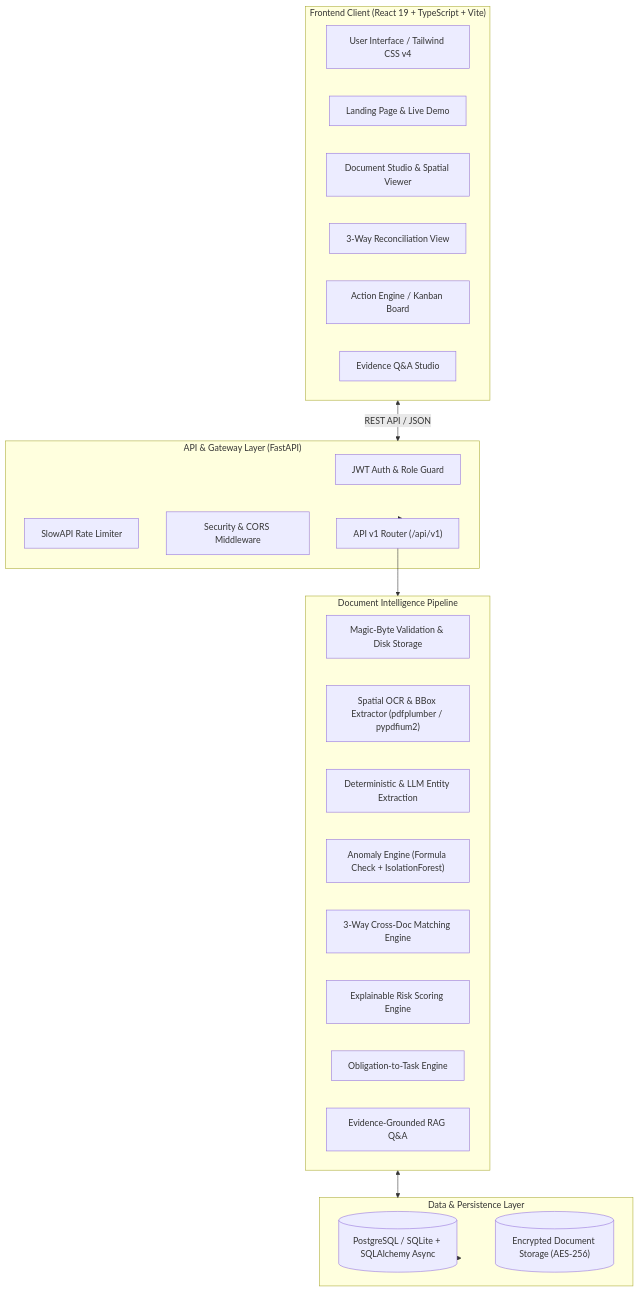
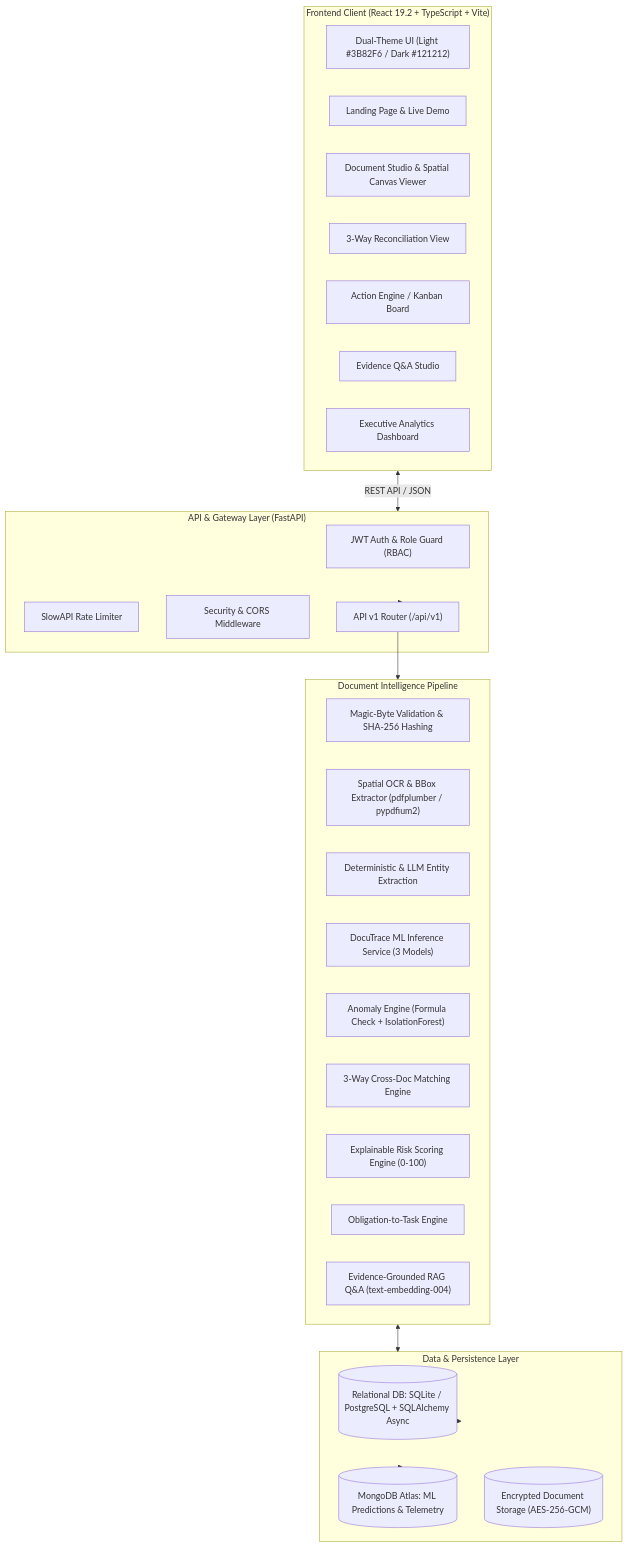
Before and after one commit to atharva-thedev/DocuTrace: the second of 3 diagrams in README.md, drawn with Mermaid. The commit also changed other lines of this file and 21 other files, not shown here.

Commit message:
docs: update README with new logo, ML benchmarks, and system architecture

````diff
--- a/README.md
+++ b/README.md
@@ -146,40 +213,44 @@
 ```mermaid
 flowchart TD
-    subgraph Client ["Frontend Client (React 19 + TypeScript + Vite)"]
-        UI["User Interface / Tailwind CSS v4"]
+    subgraph Client ["Frontend Client (React 19.2 + TypeScript + Vite)"]
+        UI["Dual-Theme UI (Light #3B82F6 / Dark #121212)"]
         Landing["Landing Page & Live Demo"]
-        Studio["Document Studio & Spatial Viewer"]
+        Studio["Document Studio & Spatial Canvas Viewer"]
         Recon["3-Way Reconciliation View"]
         Kanban["Action Engine / Kanban Board"]
         QAScreen["Evidence Q&A Studio"]
+        Dash["Executive Analytics Dashboard"]
     end
 
     subgraph API ["API & Gateway Layer (FastAPI)"]
-        AuthMid["JWT Auth & Role Guard"]
+        AuthMid["JWT Auth & Role Guard (RBAC)"]
         RateLim["SlowAPI Rate Limiter"]
         SecHeaders["Security & CORS Middleware"]
         V1Router["API v1 Router (/api/v1)"]
     end
 
     subgraph Processing ["Document Intelligence Pipeline"]
-        Ingest["Magic-Byte Validation & Disk Storage"]
+        Ingest["Magic-Byte Validation & SHA-256 Hashing"]
         OCR["Spatial OCR & BBox Extractor (pdfplumber / pypdfium2)"]
         EntityExt["Deterministic & LLM Entity Extraction"]
+        MLService["DocuTrace ML Inference Service (3 Models)"]
         AnomalyEng["Anomaly Engine (Formula Check + IsolationForest)"]
         ReconcileEng["3-Way Cross-Doc Matching Engine"]
-        RiskEng["Explainable Risk Scoring Engine"]
+        RiskEng["Explainable Risk Scoring Engine (0-100)"]
         ActionEng["Obligation-to-Task Engine"]
-        RAG["Evidence-Grounded RAG Q&A"]
+        RAG["Evidence-Grounded RAG Q&A (text-embedding-004)"]
     end
 
     subgraph Storage ["Data & Persistence Layer"]
-        DB[(PostgreSQL / SQLite + SQLAlchemy Async)]
-        FileStore[("Encrypted Document Storage (AES-256)")]
+        DB[(Relational DB: SQLite / PostgreSQL + SQLAlchemy Async)]
+        MongoDBAtlas[(MongoDB Atlas: ML Predictions & Telemetry)]
+        FileStore[("Encrypted Document Storage (AES-256-GCM)")]
     end
 
     Client <-->|REST API / JSON| API
     API --> V1Router
     V1Router --> Processing
     Processing <--> Storage
     Storage --> DB
+    Storage --> MongoDBAtlas
 ```
````
